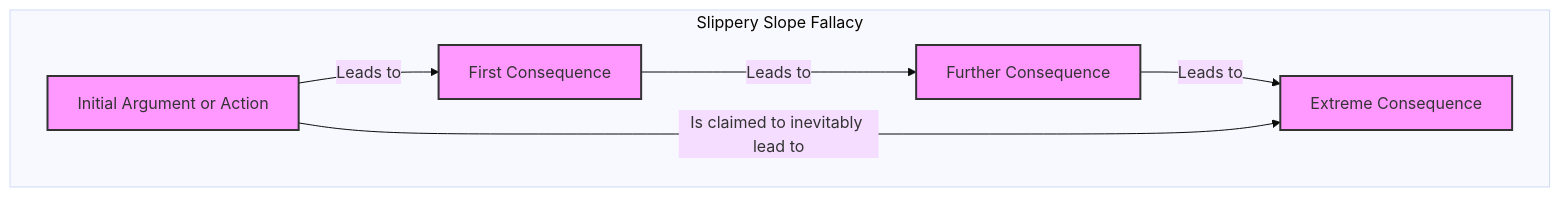
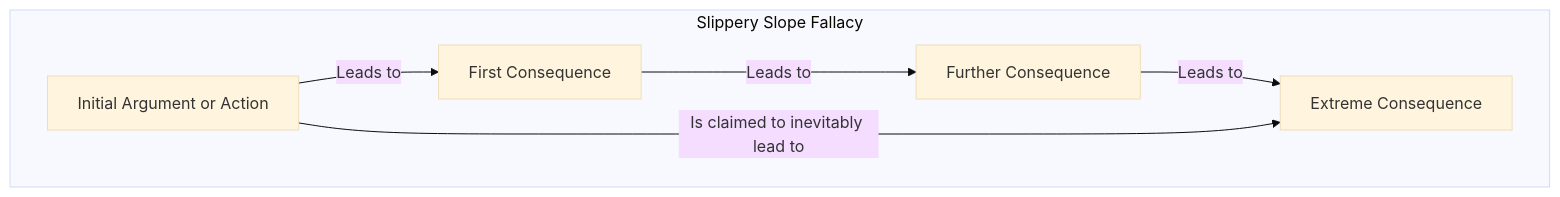
Before and after one commit to mk3-14159/mk3-14159.github.io: the diagram in docs/Knowledge/Cognitive Maps/Logical Fallacies/Slippery Slope.md, drawn with Mermaid (base theme). The commit also changed 3 other files, not shown here.

````diff
--- a/docs/Knowledge/Cognitive Maps/Logical Fallacies/Slippery Slope.md
+++ b/docs/Knowledge/Cognitive Maps/Logical Fallacies/Slippery Slope.md
@@ -8,17 +8,13 @@
 ```mermaid
 graph TD
     A[Initial Argument or Action] -->|Leads to| B[First Consequence]
     B -->|Leads to| C[Further Consequence]
     C -->|Leads to| D[Extreme Consequence]
-    style A fill:#f9f,stroke:#333,stroke-width:2px
-    style B fill:#f9f,stroke:#333,stroke-width:2px
-    style C fill:#f9f,stroke:#333,stroke-width:2px
-    style D fill:#f9f,stroke:#333,stroke-width:2px
     A -->|Is claimed to inevitably lead to| D
     subgraph Slippery Slope Fallacy
     A
     B
     C
     D
     end
 ```
````
